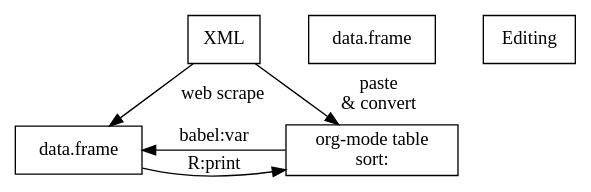
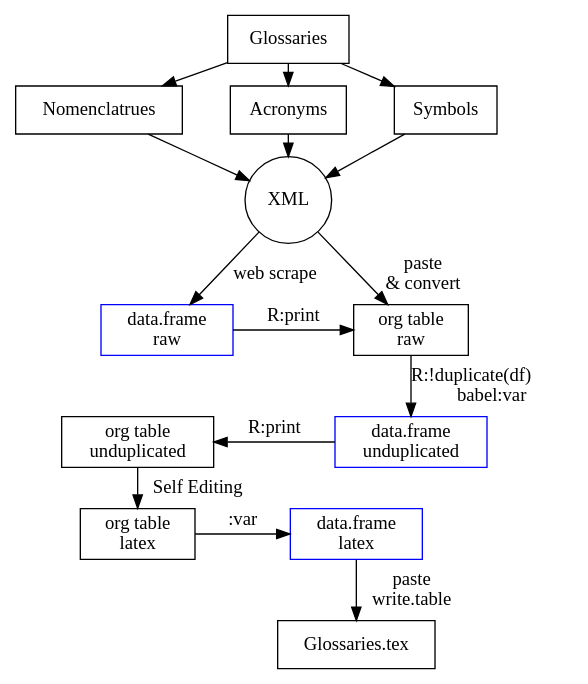
The second of 2 diagrams in note/glossaR.org (bwtian/glossaR), drawn with Graphviz before and after one commit. The commit also changed other lines of this file and 1 other file, not shown here.

Commit message:
- ‘note/.#glossaR.org’ / ‘note/glossaR.org’

```diff
--- a/note/glossaR.org
+++ b/note/glossaR.org
@@ -42,22 +42,37 @@
 #+BEGIN_SRC dot :file orgAndR.svg 
   digraph { 
   fontname="Times"; 
   fontsize = 12; 
   splines = false; 
   ranksep = 0.2; 
   nodesep = 0.5; 
   node [shape = box] 
   //1. set node 
-  xml [label = "XML"]
-  df0, df1 [label = "data.frame"]
-  orgTable[label = "org-mode table \n sort: "]
-  edit[label = "Editing"]
+  gls [label = "Glossaries"]
+  nomencl[label = "Nomenclatrues"]
+  acro [label = "Acronyms"]
+  symbol [label = "Symbols"]
+  xml [label = "XML", shape = circle]
+  df0 [label = "data.frame \n raw", color = blue]
+  df1 [label = "data.frame \n unduplicated", color = blue]
+  df2 [label = "data.frame \n latex",color = blue]
+  orgTable0 [label = "org table \n raw "]
+  orgTable1 [label = "org table \n unduplicated"]
+  orgTable2 [label = "org table \n latex"]
+  glsfile [label = "Glossaries.tex"]
   //2. set path 
+  gls -> {acro, nomencl, symbol} -> xml
   xml -> df0 [label = " web scrape"]
-  xml -> orgTable [label = " paste \n& convert"]
-  df0 -> orgTable [label = " R:print"]
-  orgTable -> df0 [label = " babel:var"]
+  xml -> orgTable0 [label = " paste \n& convert"]
+  df0 -> orgTable0 [label = " R:print"]
+  orgTable0 -> df1 [label = " R:!duplicate(df) \l babel:var"]
+  orgTable1 -> df1 [label = " R:print", dir = back]
+  orgTable1 -> orgTable2 [label = " Self Editing"]
+  orgTable2 -> df2 [label = ":var"]
+  df2 -> glsfile [label= " paste\n write.table"]
   //3. set rank 
-  {rank = same; df0, orgTable} 
+  {rank = same; df0, orgTable0} 
+  {rank = same; df1, orgTable1} 
+  {rank = same; df2, orgTable2} 
   }
 #+END_SRC
```
